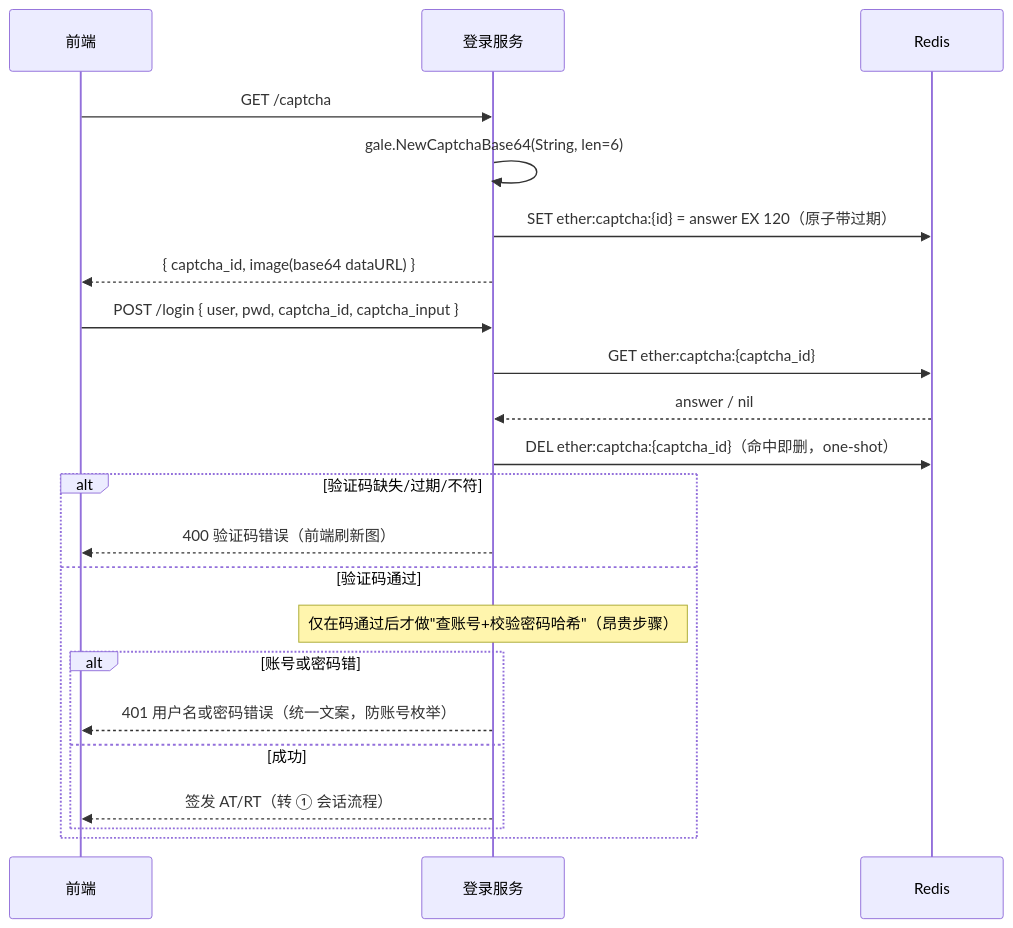
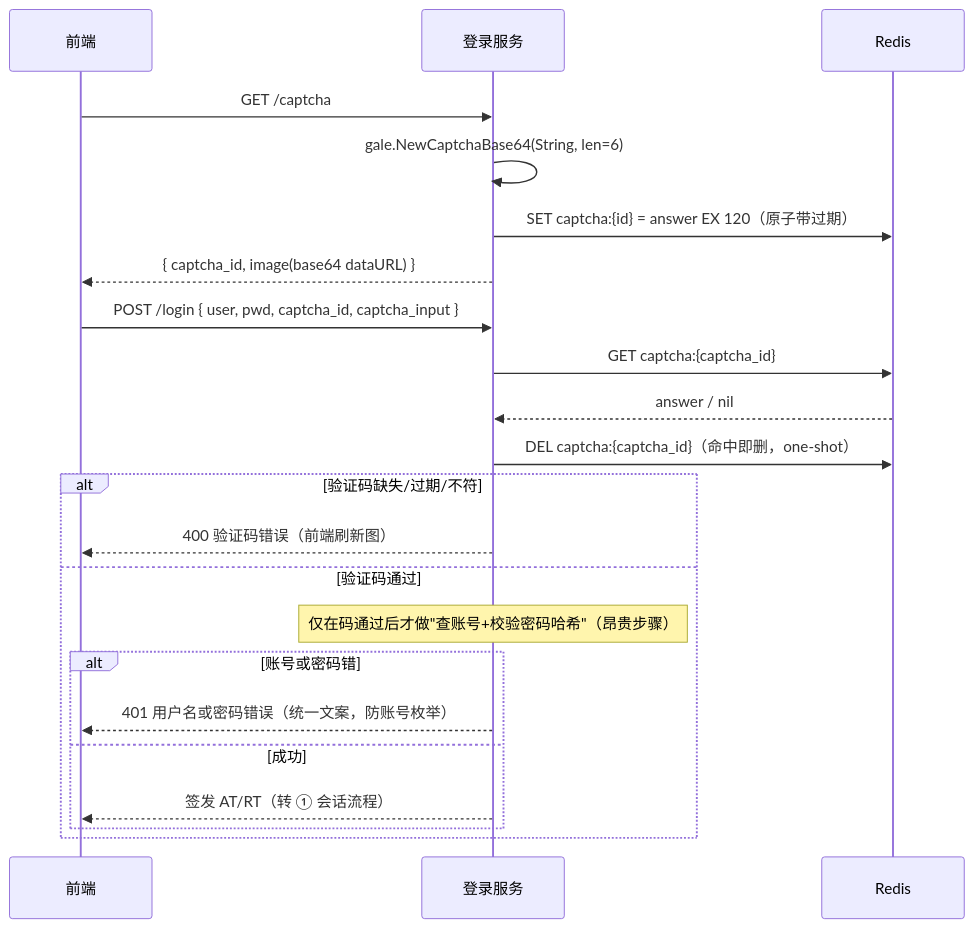
Before and after one commit to yufenggo/ether-docs: the second of 4 diagrams in changes/2026-06-platform-foundation/auth-design.md, drawn with Mermaid. The commit also changed other lines of this file, not shown here.

First line of the commit message:
docs(changes): 去除 Redis key 的项目名前缀 ether:（落实'标识禁用项目名'约束）

````diff
--- a/changes/2026-06-platform-foundation/auth-design.md
+++ b/changes/2026-06-platform-foundation/auth-design.md
@@ -190,24 +190,24 @@
 ```mermaid
 sequenceDiagram
   participant FE as 前端
   participant API as 登录服务
   participant R as Redis
   FE->>API: GET /captcha
   API->>API: gale.NewCaptchaBase64(String, len=6)
-  API->>R: SET ether:captcha:{id} = answer EX 120（原子带过期）
+  API->>R: SET captcha:{id} = answer EX 120（原子带过期）
   API-->>FE: { captcha_id, image(base64 dataURL) }
   FE->>API: POST /login { user, pwd, captcha_id, captcha_input }
-  API->>R: GET ether:captcha:{captcha_id}
+  API->>R: GET captcha:{captcha_id}
   R-->>API: answer / nil
-  API->>R: DEL ether:captcha:{captcha_id}（命中即删，one-shot）
+  API->>R: DEL captcha:{captcha_id}（命中即删，one-shot）
   alt 验证码缺失/过期/不符
     API-->>FE: 400 验证码错误（前端刷新图）
   else 验证码通过
     Note over API: 仅在码通过后才做"查账号+校验密码哈希"（昂贵步骤）
     alt 账号或密码错
       API-->>FE: 401 用户名或密码错误（统一文案，防账号枚举）
     else 成功
       API-->>FE: 签发 AT/RT（转 ① 会话流程）
     end
   end
 ```
````
